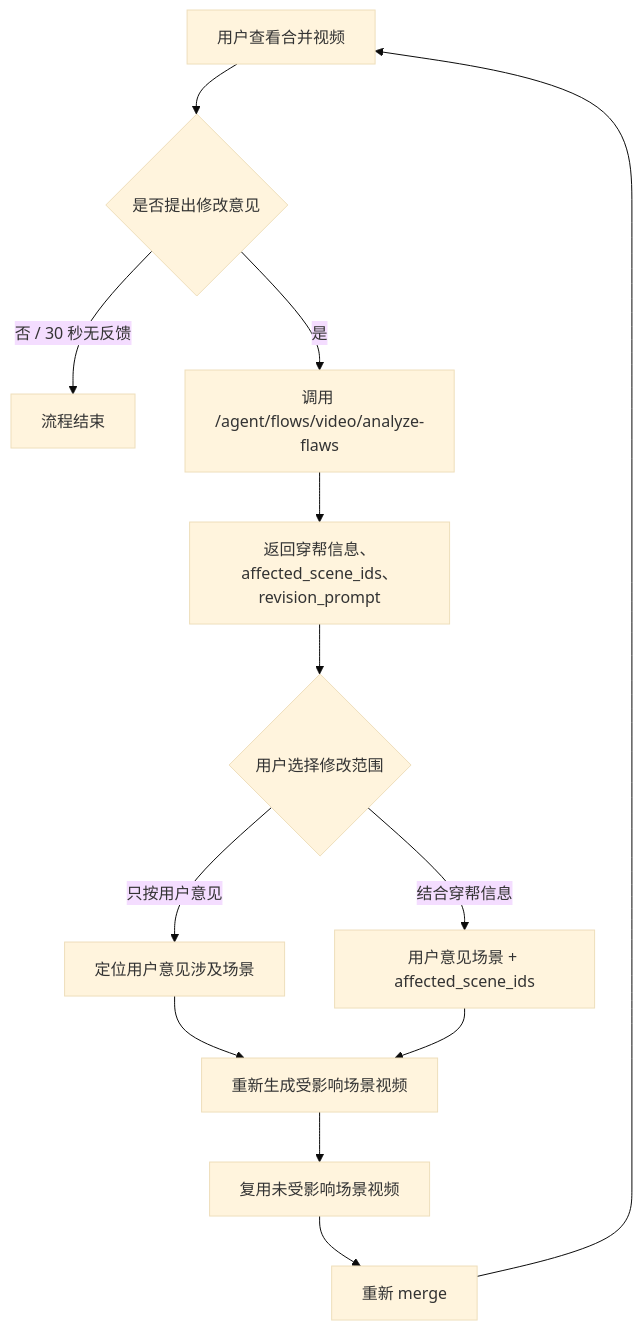
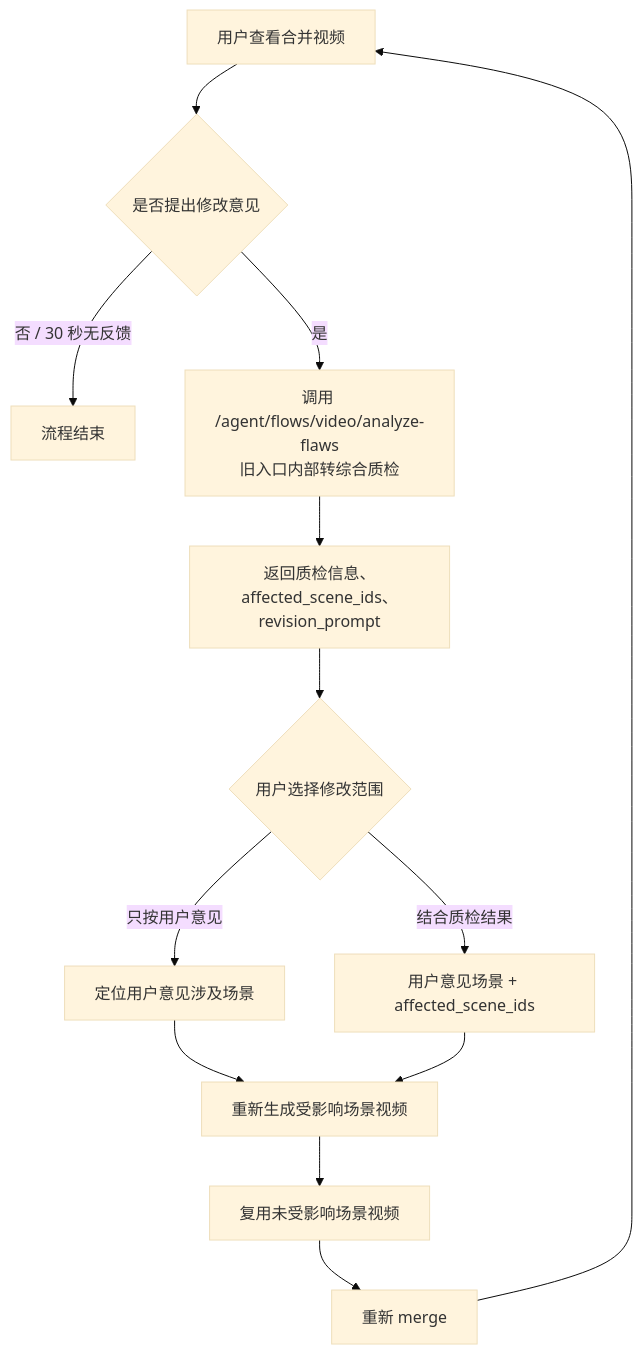
Before and after one commit to joyslxd/pixelflow: the seventh of 7 diagrams in docs/pixelflow-agent-skill-flow-latest-design.md, drawn with Mermaid (base theme). The commit also changed other lines of this file and 11 other files, not shown here.

````diff
--- a/docs/pixelflow-agent-skill-flow-latest-design.md
+++ b/docs/pixelflow-agent-skill-flow-latest-design.md
@@ -439,15 +440,15 @@
 ```mermaid
 flowchart TD
   A["用户查看合并视频"] --> B{"是否提出修改意见"}
   B -->|"否 / 30 秒无反馈"| DONE["流程结束"]
-  B -->|"是"| C["调用 /agent/flows/video/analyze-flaws"]
-  C --> D["返回穿帮信息、affected_scene_ids、revision_prompt"]
+  B -->|"是"| C["调用 /agent/flows/video/analyze-flaws<br/>旧入口内部转综合质检"]
+  C --> D["返回质检信息、affected_scene_ids、revision_prompt"]
   D --> E{"用户选择修改范围"}
   E -->|"只按用户意见"| F["定位用户意见涉及场景"]
-  E -->|"结合穿帮信息"| G["用户意见场景 + affected_scene_ids"]
+  E -->|"结合质检结果"| G["用户意见场景 + affected_scene_ids"]
   F --> H["重新生成受影响场景视频"]
   G --> H
   H --> I["复用未受影响场景视频"]
   I --> J["重新 merge"]
   J --> A
 ```
````
